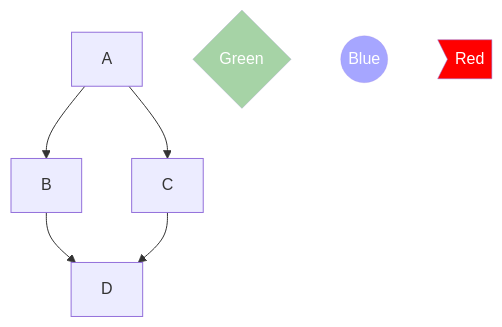
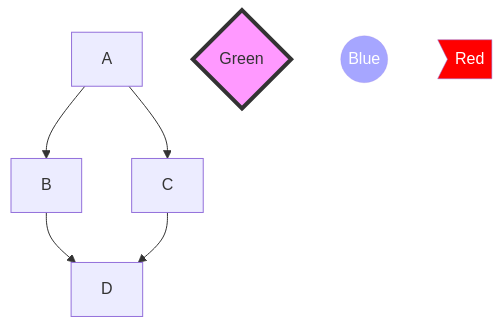
The diagram in README.md (danielurra/mermaid), drawn with Mermaid before and after one commit.

````diff
--- a/README.md
+++ b/README.md
@@ -8,14 +8,15 @@
 ```mermaid
   graph TD;
       A-->B;
       A-->C;
       B-->D;
       C-->D;
       st{Green};
       good((Blue));
       en>Red];
       style en fill:red,fill-opacity:1,color:#FFFFFF,stroke-opacity:0.2;
       style good fill:blue,fill-opacity:0.35,color:#FFFFFF,stroke-opacity:0.2;
-      style st fill:green,fill-opacity:0.35,color:#FFFFFF,stroke-opacity:0.2;
+      style st fill:#f9f,stroke:#333,stroke-width:4px;
+      
       
 ```
````
